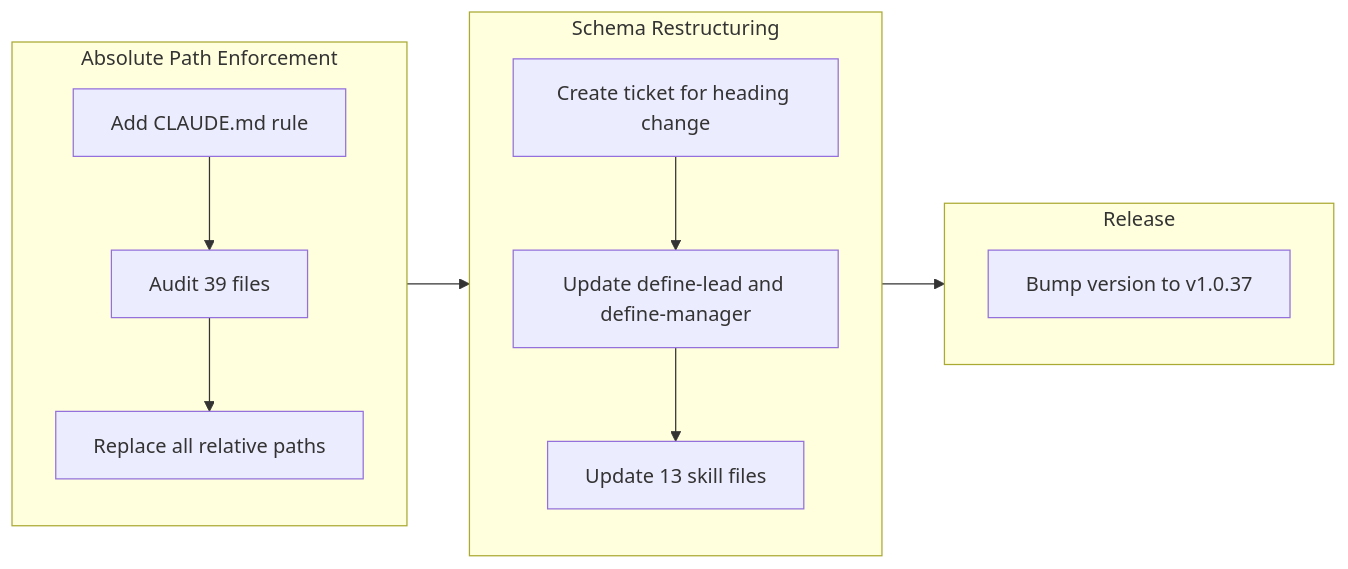
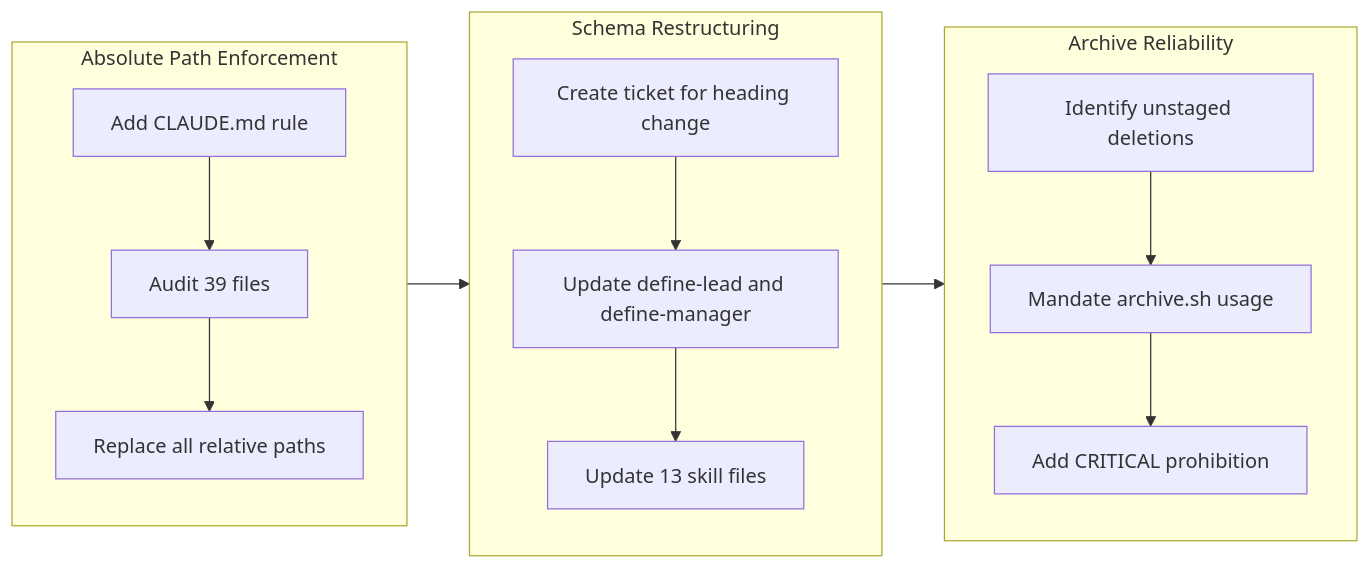
The diagram in .workaholic/stories/drive-20260213-131416.md (qmu/workaholic), drawn with Mermaid before and after one commit. The commit also changed other lines of this file and 1 other file, not shown here.

````diff
--- a/.workaholic/stories/drive-20260213-131416.md
+++ b/.workaholic/stories/drive-20260213-131416.md
@@ -29,19 +29,19 @@
 ```mermaid
 flowchart LR
   subgraph PathRule[Absolute Path Enforcement]
     direction TB
     p1[Add CLAUDE.md rule] --> p2[Audit 39 files] --> p3[Replace all relative paths]
   end
 
   subgraph SchemaRestructure[Schema Restructuring]
     direction TB
     s1[Create ticket for heading change] --> s2[Update define-lead and define-manager] --> s3[Update 13 skill files]
   end
 
-  subgraph Release[Release]
+  subgraph ArchiveFix[Archive Reliability]
     direction TB
-    r1[Bump version to v1.0.37]
+    a1[Identify unstaged deletions] --> a2[Mandate archive.sh usage] --> a3[Add CRITICAL prohibition]
   end
 
-  PathRule --> SchemaRestructure --> Release
+  PathRule --> SchemaRestructure --> ArchiveFix
 ```
````
